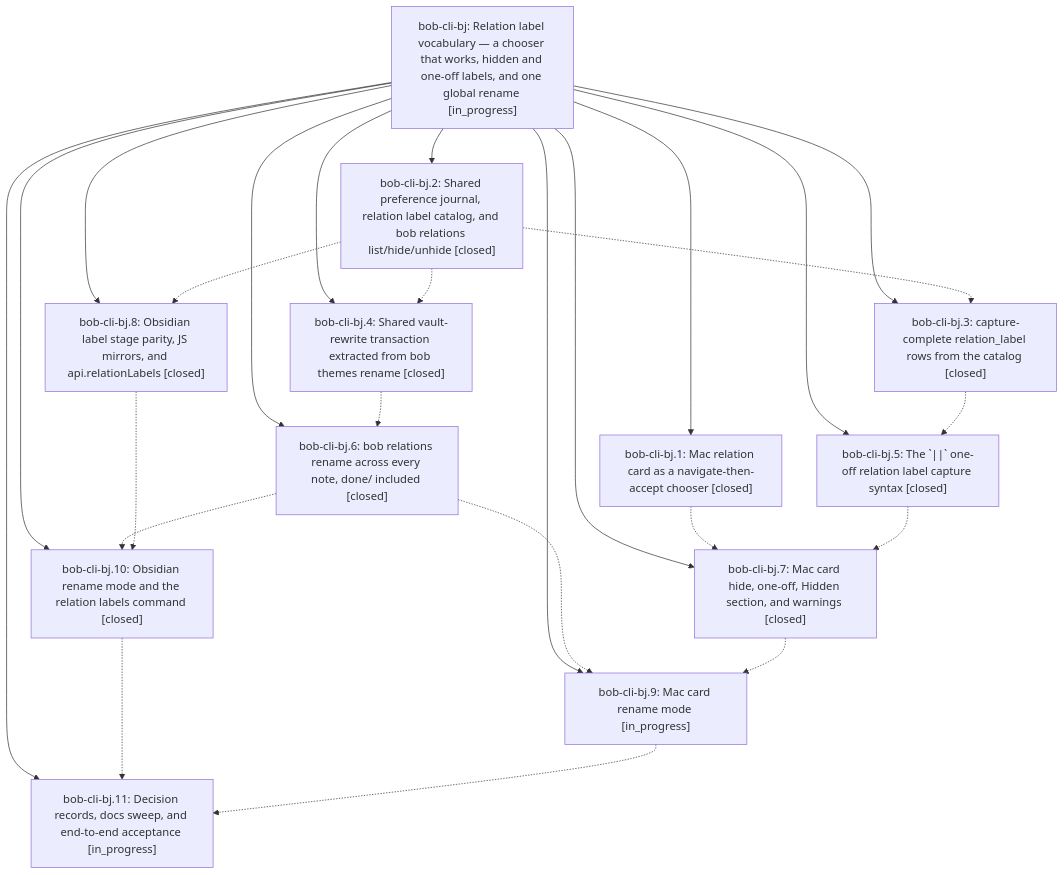
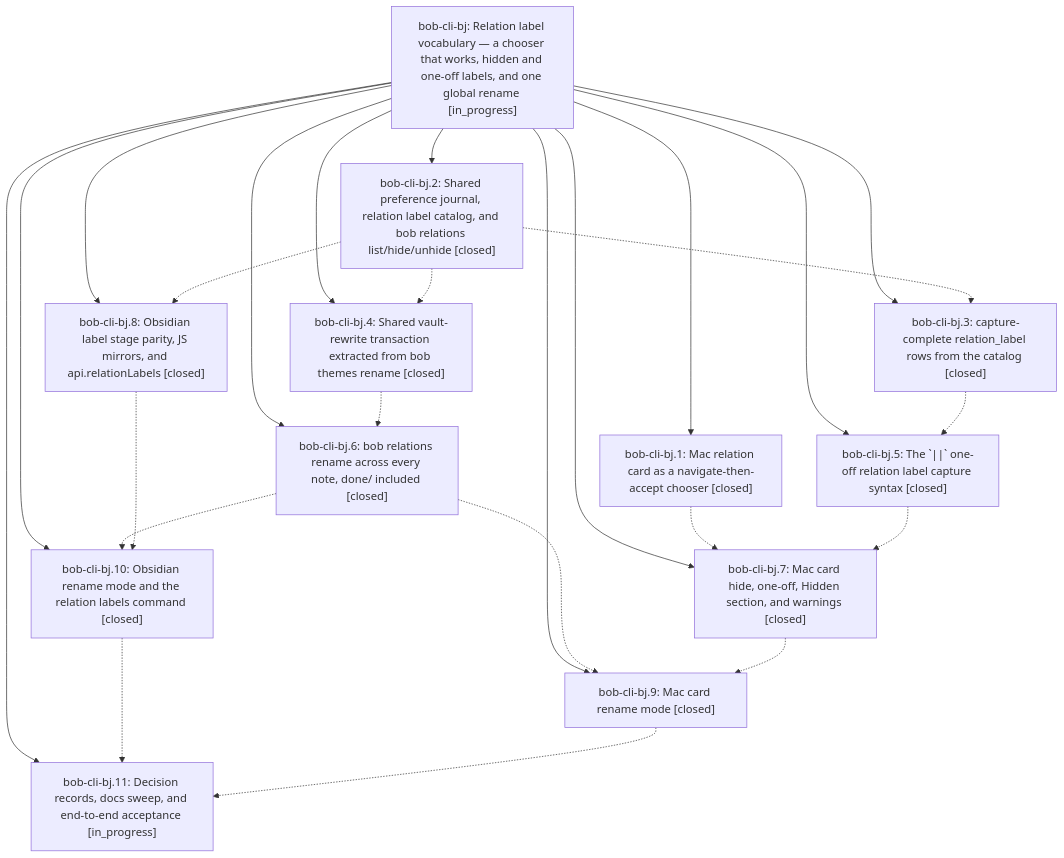
One commit to bobs-org/bob-cli--beads changed the diagram in pages/bob-cli-bj/README.md. Above: the diagram before and after it, drawn with Mermaid. The commit also changed other lines of this file and 4 other files, not shown here.

First line of the commit message:
chore(beads): sync bead state and pages for bob-cli-bj

````diff
--- a/pages/bob-cli-bj/README.md
+++ b/pages/bob-cli-bj/README.md
@@ -52,39 +52,39 @@
 ```mermaid
 flowchart TD
     n0["bob-cli-bj: Relation label vocabulary — a chooser that works, hidden and one-off labels, and one global rename [in_progress]"]
     n1["bob-cli-bj.1: Mac relation card as a navigate-then-accept chooser [closed]"]
     n2["bob-cli-bj.10: Obsidian rename mode and the relation labels command [closed]"]
     n3["bob-cli-bj.11: Decision records, docs sweep, and end-to-end acceptance [in_progress]"]
     n4["bob-cli-bj.2: Shared preference journal, relation label catalog, and bob relations list/hide/unhide [closed]"]
     n5["bob-cli-bj.3: capture-complete relation_label rows from the catalog [closed]"]
     n6["bob-cli-bj.4: Shared vault-rewrite transaction extracted from bob themes rename [closed]"]
     n7["bob-cli-bj.5: The `||` one-off relation label capture syntax [closed]"]
     n8["bob-cli-bj.6: bob relations rename across every note, done/ included [closed]"]
     n9["bob-cli-bj.7: Mac card hide, one-off, Hidden section, and warnings [closed]"]
     n10["bob-cli-bj.8: Obsidian label stage parity, JS mirrors, and api.relationLabels [closed]"]
-    n11["bob-cli-bj.9: Mac card rename mode [in_progress]"]
+    n11["bob-cli-bj.9: Mac card rename mode [closed]"]
     n0 --> n1
     n0 --> n2
     n0 --> n3
     n0 --> n4
     n0 --> n5
     n0 --> n6
     n0 --> n7
     n0 --> n8
     n0 --> n9
     n0 --> n10
     n0 --> n11
     n1 -.-> n9
     n2 -.-> n3
     n4 -.-> n5
     n4 -.-> n6
     n4 -.-> n10
     n5 -.-> n7
     n6 -.-> n8
     n7 -.-> n9
     n8 -.-> n2
     n8 -.-> n11
     n9 -.-> n11
     n10 -.-> n2
     n11 -.-> n3
 ```
````
